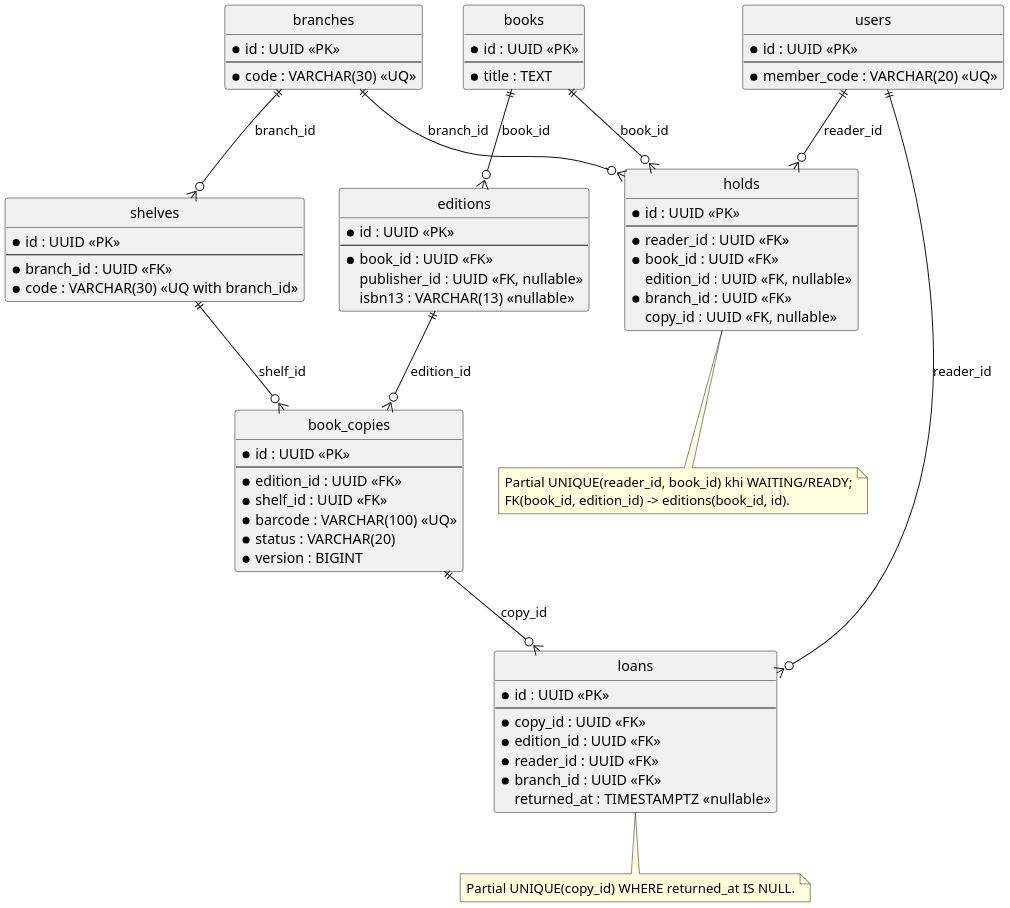
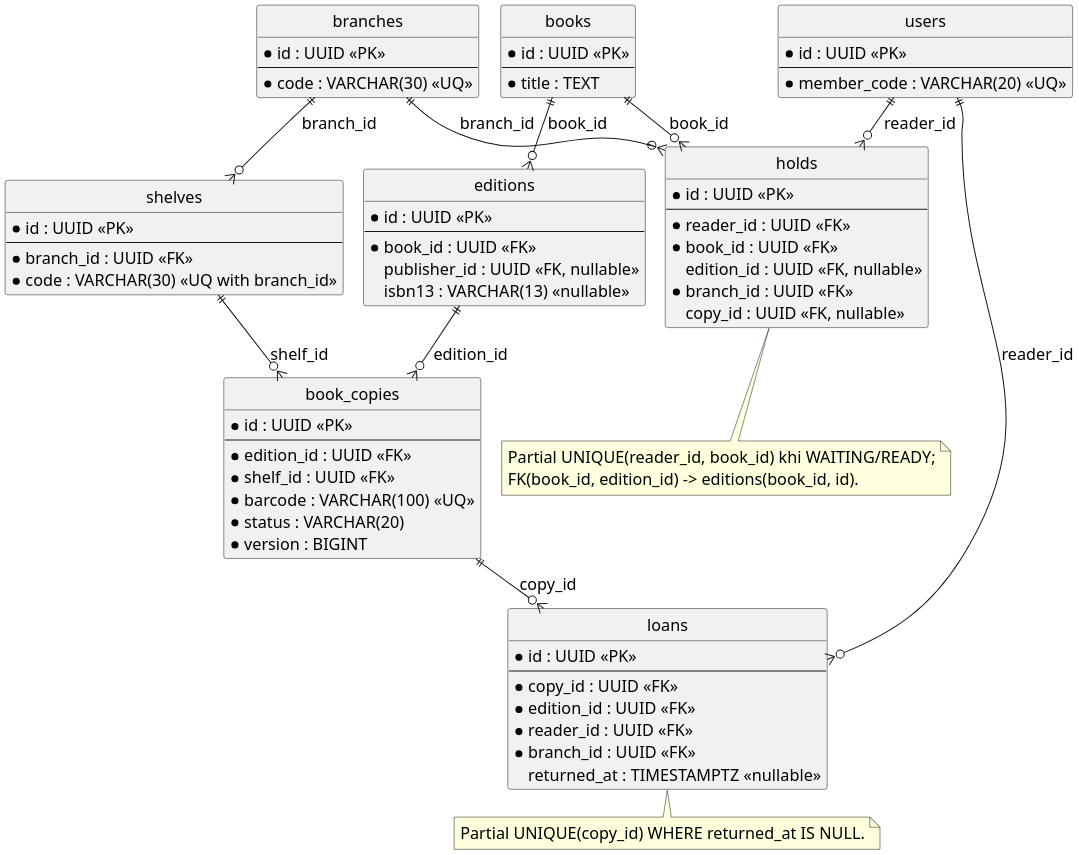
The diagram in ho-so-nop-bai/bao-cao/so-do/erd-core.puml (Shuuma4869/He-thong-quan-ly-va-khai-thac-thu-vien), drawn with PlantUML before and after one commit. The commit also changed 40 other files, not shown here.

```diff
--- a/ho-so-nop-bai/bao-cao/so-do/erd-core.puml
+++ b/ho-so-nop-bai/bao-cao/so-do/erd-core.puml
@@ -1,77 +1,80 @@
 @startuml
 skinparam shadowing false
 skinparam dpi 180
 skinparam defaultFontName "Arial"
+skinparam defaultFontSize 16
+skinparam nodesep 20
+skinparam ranksep 25
 hide circle
 entity "books" as books {
   * id : UUID <<PK>>
   --
   * title : TEXT
 }
 entity "editions" as editions {
   * id : UUID <<PK>>
   --
   * book_id : UUID <<FK>>
   publisher_id : UUID <<FK, nullable>>
   isbn13 : VARCHAR(13) <<nullable>>
 }
 entity "book_copies" as copies {
   * id : UUID <<PK>>
   --
   * edition_id : UUID <<FK>>
   * shelf_id : UUID <<FK>>
   * barcode : VARCHAR(100) <<UQ>>
   * status : VARCHAR(20)
   * version : BIGINT
 }
 entity "branches" as branches {
   * id : UUID <<PK>>
   --
   * code : VARCHAR(30) <<UQ>>
 }
 entity "shelves" as shelves {
   * id : UUID <<PK>>
   --
   * branch_id : UUID <<FK>>
   * code : VARCHAR(30) <<UQ with branch_id>>
 }
 entity "users" as users {
   * id : UUID <<PK>>
   --
   * member_code : VARCHAR(20) <<UQ>>
 }
 entity "loans" as loans {
   * id : UUID <<PK>>
   --
   * copy_id : UUID <<FK>>
   * edition_id : UUID <<FK>>
   * reader_id : UUID <<FK>>
   * branch_id : UUID <<FK>>
   returned_at : TIMESTAMPTZ <<nullable>>
 }
 entity "holds" as holds {
   * id : UUID <<PK>>
   --
   * reader_id : UUID <<FK>>
   * book_id : UUID <<FK>>
   edition_id : UUID <<FK, nullable>>
   * branch_id : UUID <<FK>>
   copy_id : UUID <<FK, nullable>>
 }
 books ||--o{ editions : book_id
 editions ||--o{ copies : edition_id
 branches ||--o{ shelves : branch_id
 shelves ||--o{ copies : shelf_id
 copies ||--o{ loans : copy_id
 users ||--o{ loans : reader_id
 users ||--o{ holds : reader_id
 books ||--o{ holds : book_id
 branches ||--o{ holds : branch_id
 note bottom of loans
   Partial UNIQUE(copy_id) WHERE returned_at IS NULL.
 end note
 note bottom of holds
   Partial UNIQUE(reader_id, book_id) khi WAITING/READY;
   FK(book_id, edition_id) -> editions(book_id, id).
 end note
 @enduml
```
